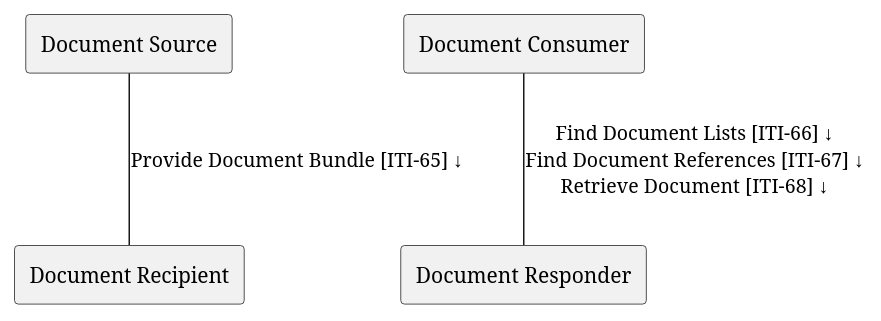
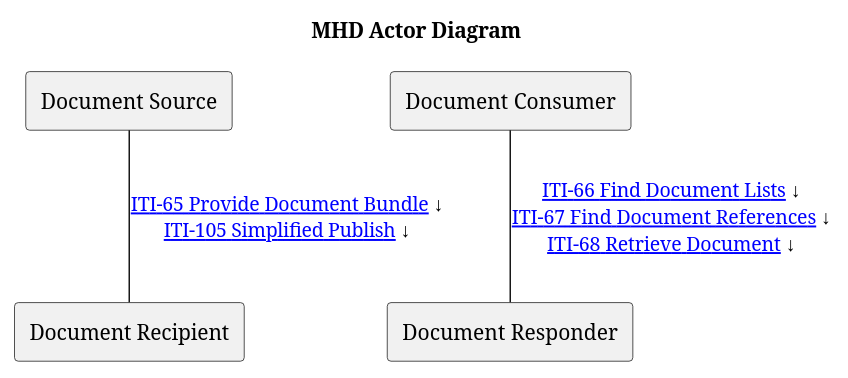
Before and after one commit to IHE/ITI.MHD: the diagram in input/images-source/ActorsAndTransactions.plantuml, drawn with PlantUML. The commit also changed 22 other files, not shown here.

Commit message:
Draft of Simplified-Publish

```diff
--- a/input/images-source/ActorsAndTransactions.plantuml
+++ b/input/images-source/ActorsAndTransactions.plantuml
@@ -1,8 +1,9 @@
 @startuml
-agent "Document Source" as DocumentSource
-agent "Document Consumer" as DocumentConsumer
-agent "Document Responder" as DocumentResponder
-agent "Document Recipient" as DocumentRecipient
-DocumentConsumer -- DocumentResponder : "Find Document Lists [ITI-66] ↓\nFind Document References [ITI-67] ↓\nRetrieve Document [ITI-68] ↓"
-DocumentSource -- DocumentRecipient : "Provide Document Bundle [ITI-65] ↓"
+title MHD Actor Diagram
+agent "Document Source" as DocumentSource [[1331_actors_and_transactions.html#133111-document-source]]
+agent "Document Consumer" as DocumentConsumer [[1331_actors_and_transactions.html#133112-document-consumer]]
+agent "Document Responder" as DocumentResponder [[1331_actors_and_transactions.html#133113-document-recipient]]
+agent "Document Recipient" as DocumentRecipient [[1331_actors_and_transactions.html#133114-document-responder]]
+DocumentConsumer -- DocumentResponder : "[[ITI-66.html ITI-66 Find Document Lists]] ↓\n[[ITI-67.html ITI-67 Find Document References]] ↓\n[[ITI-68.html ITI-68 Retrieve Document]] ↓"
+DocumentSource -- DocumentRecipient : "[[ITI-65.html ITI-65 Provide Document Bundle]] ↓\n[[ITI-105.html ITI-105 Simplified Publish]] ↓"
 @enduml
```
